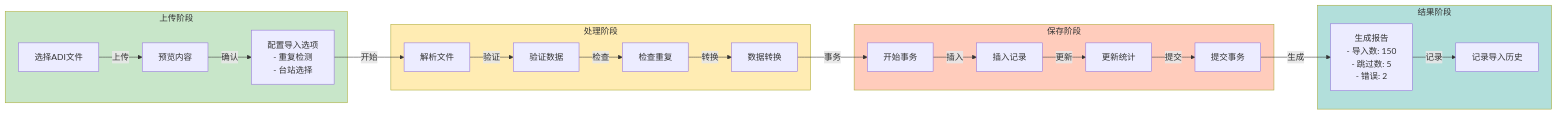
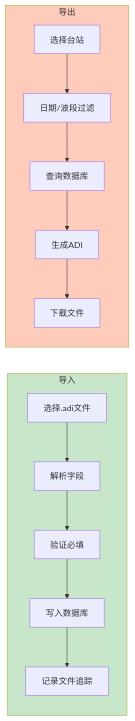
One commit to NanamiKite/radioManger changed the tenth of 13 diagrams in doc/07_系统架构图.md. Above: the diagram before and after it, drawn with Mermaid. The commit also changed other lines of this file and 83 other files, not shown here.

````diff
--- a/doc/07_系统架构图.md
+++ b/doc/07_系统架构图.md
@@ -371,45 +242,24 @@
 ```mermaid
 graph LR
-    subgraph Upload["上传阶段"]
-        SelectFile["选择ADI文件"]
-        Preview["预览内容"]
-        Configure["配置导入选项<br/>- 重复检测<br/>- 台站选择"]
+    subgraph Import["导入"]
+        Select["选择.adi文件"]
+        Parse["解析字段"]
+        Validate["验证必填"]
+        Insert["写入数据库"]
+        Record["记录文件追踪"]
     end
-    
-    subgraph Process["处理阶段"]
-        Parse["解析文件"]
-        Validate["验证数据"]
-        CheckDuplicate["检查重复"]
-        Transform["数据转换"]
+
+    subgraph Export["导出"]
+        Pick["选择台站"]
+        Filter["日期/波段过滤"]
+        Query["查询数据库"]
+        Gen["生成ADI"]
+        Download["下载文件"]
     end
-    
-    subgraph Save["保存阶段"]
-        BeginTx["开始事务"]
-        InsertRecords["插入记录"]
-        UpdateStats["更新统计"]
-        CommitTx["提交事务"]
-    end
-    
-    subgraph Result["结果阶段"]
-        Report["生成报告<br/>- 导入数: 150<br/>- 跳过数: 5<br/>- 错误: 2"]
-        SaveLog["记录导入历史"]
-    end
-    
-    SelectFile -->|上传| Preview
-    Preview -->|确认| Configure
-    Configure -->|开始| Parse
-    Parse -->|验证| Validate
-    Validate -->|检查| CheckDuplicate
-    CheckDuplicate -->|转换| Transform
-    Transform -->|事务| BeginTx
-    BeginTx -->|插入| InsertRecords
-    InsertRecords -->|更新| UpdateStats
-    UpdateStats -->|提交| CommitTx
-    CommitTx -->|生成| Report
-    Report -->|记录| SaveLog
-    
-    style Upload fill:#c8e6c9
-    style Process fill:#ffecb3
-    style Save fill:#ffccbc
-    style Result fill:#b2dfdb
+
+    Select --> Parse --> Validate --> Insert --> Record
+    Pick --> Filter --> Query --> Gen --> Download
+
+    style Import fill:#c8e6c9
+    style Export fill:#ffccbc
 ```
````
